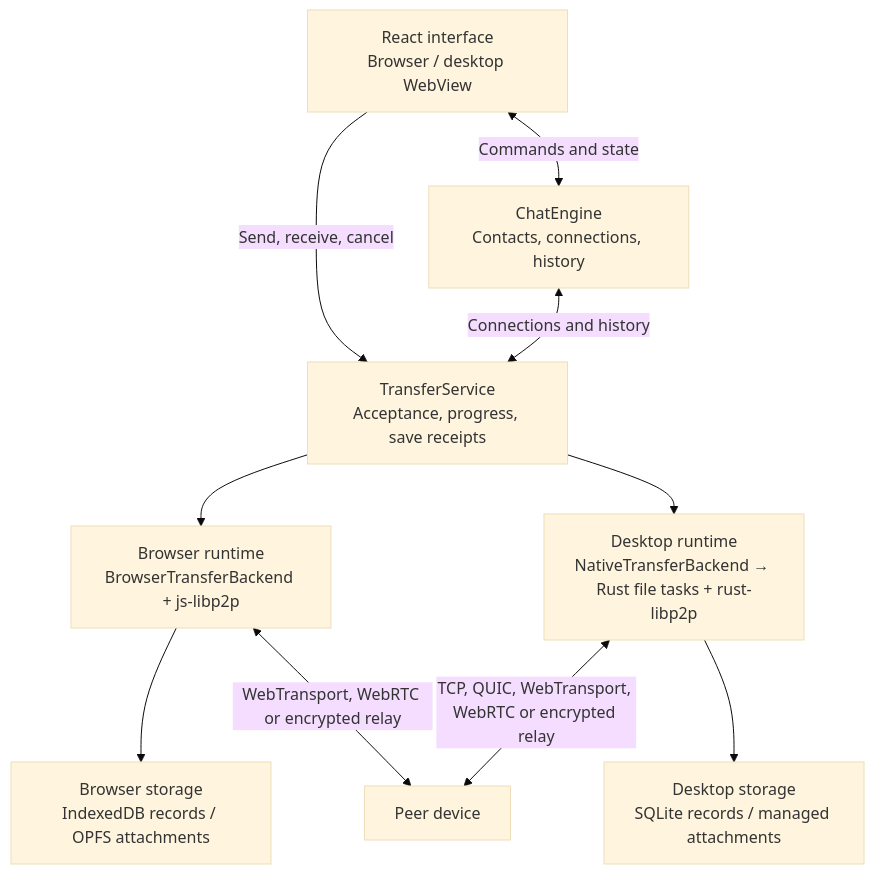
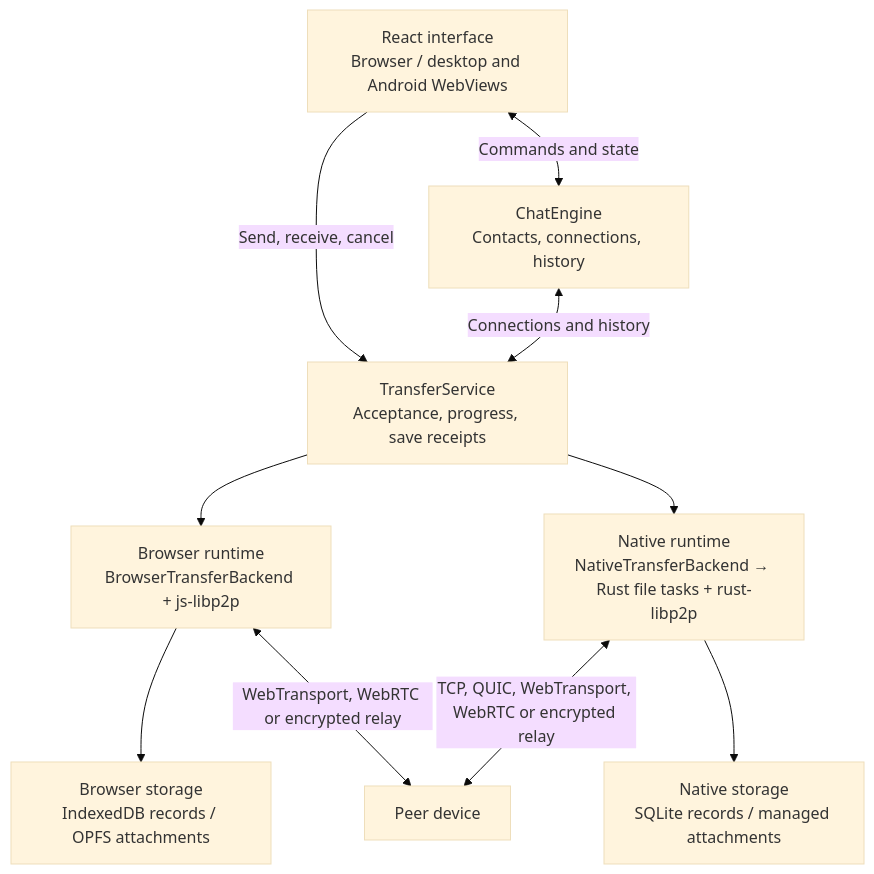
One commit to kuangye-team/ky-im changed the first of 2 diagrams in docs/arch.md. Above: the diagram before and after it, drawn with Mermaid (base theme). The commit also changed 197 other files, not shown here.

````diff
--- a/docs/arch.md
+++ b/docs/arch.md
@@ -7,20 +7,20 @@
 ```mermaid
 flowchart TB
-    UI["React interface<br/>Browser / desktop WebView"]
+    UI["React interface<br/>Browser / desktop and Android WebViews"]
     Chat["ChatEngine<br/>Contacts, connections, history"]
     Tasks["TransferService<br/>Acceptance, progress, save receipts"]
     Web["Browser runtime<br/>BrowserTransferBackend + js-libp2p"]
-    Native["Desktop runtime<br/>NativeTransferBackend → Rust file tasks + rust-libp2p"]
+    Native["Native runtime<br/>NativeTransferBackend → Rust file tasks + rust-libp2p"]
     BrowserStore["Browser storage<br/>IndexedDB records / OPFS attachments"]
-    Disk["Desktop storage<br/>SQLite records / managed attachments"]
+    Disk["Native storage<br/>SQLite records / managed attachments"]
     Peer["Peer device"]
     UI <-->|Commands and state| Chat
     UI -->|Send, receive, cancel| Tasks
     Chat <-->|Connections and history| Tasks
     Tasks --> Web
     Tasks --> Native
     Web --> BrowserStore
     Native --> Disk
     Web <-->|WebTransport, WebRTC or encrypted relay| Peer
     Native <-->|TCP, QUIC, WebTransport, WebRTC or encrypted relay| Peer
 ```
````
